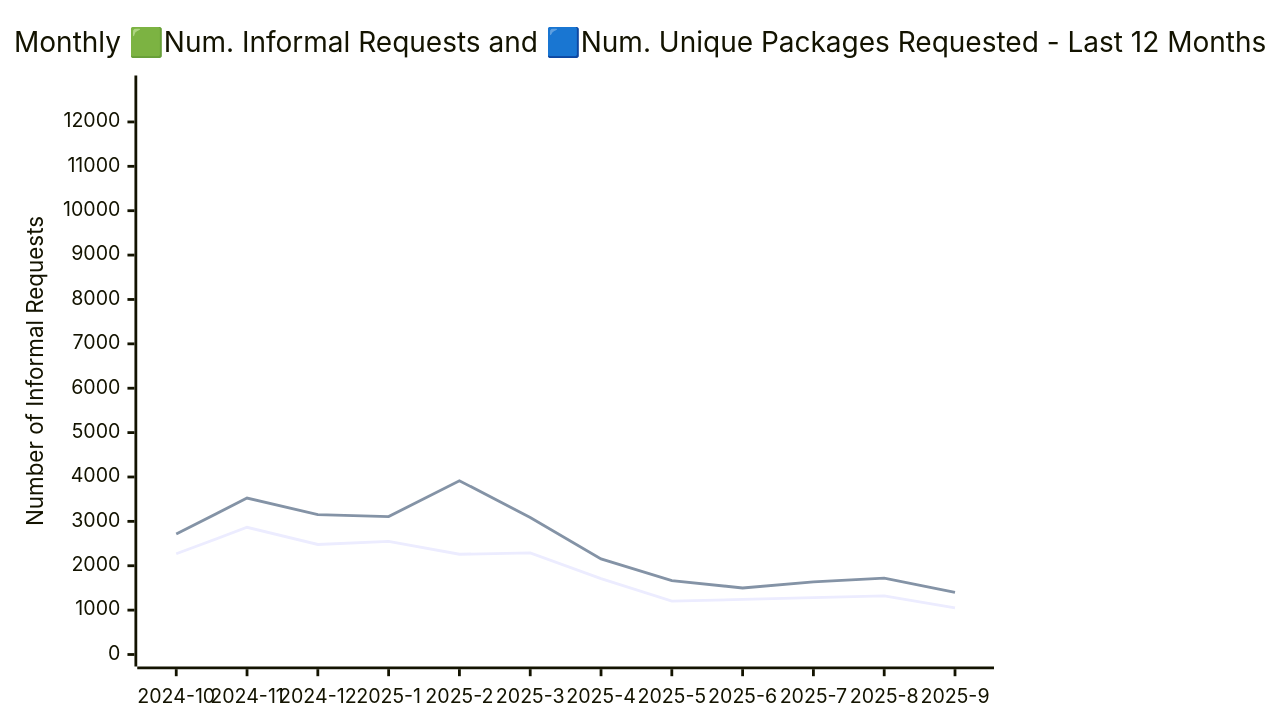
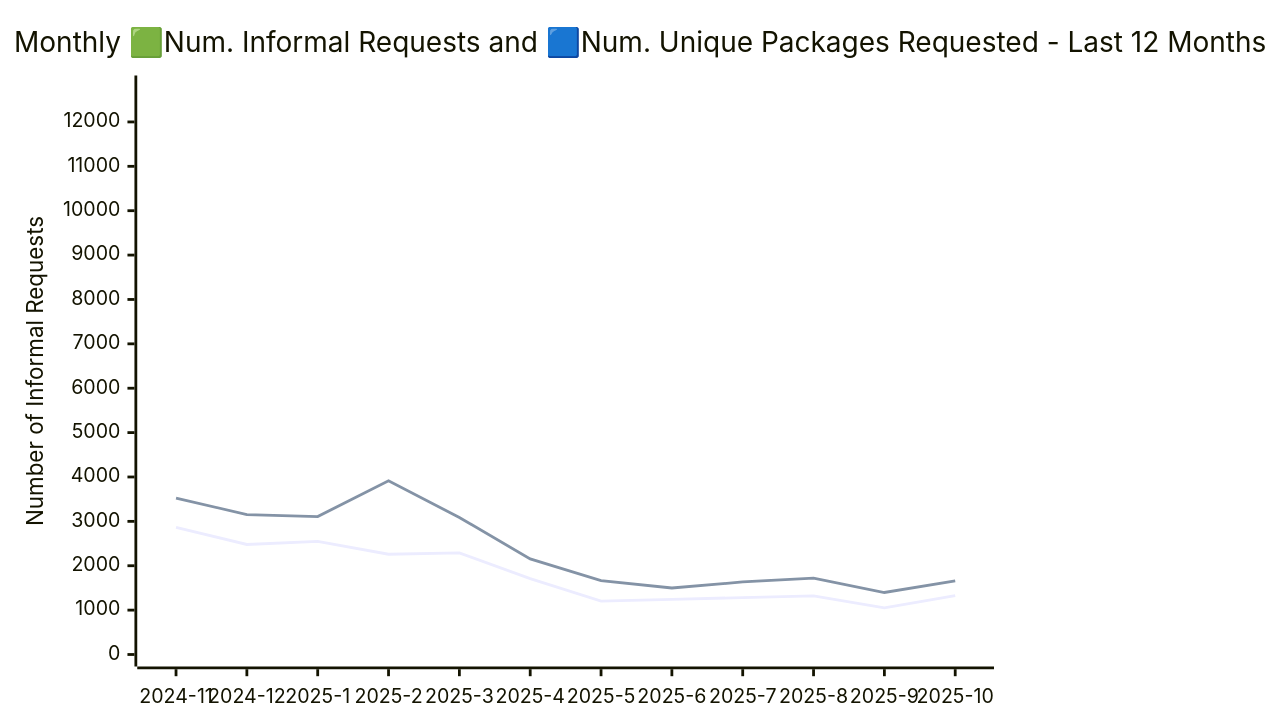
One commit to open-data/analytics-corporate-reporting changed the diagram in ATI_INFORMAL_REPORT/readme.md. Above: the diagram before and after it, drawn with Mermaid. The commit also changed other lines of this file and 5 other files, not shown here.

````diff
--- a/ATI_INFORMAL_REPORT/readme.md
+++ b/ATI_INFORMAL_REPORT/readme.md
@@ -17,11 +17,11 @@
 ```mermaid
 
 xychart-beta
     title "Monthly 🟩Num. Informal Requests and 🟦Num. Unique Packages Requested - Last 12 Months"
-    x-axis [2024-10, 2024-11, 2024-12, 2025-1, 2025-2, 2025-3, 2025-4, 2025-5, 2025-6, 2025-7, 2025-8, 2025-9]
-    y-axis "Unique Packages" 0 --> 10093
+    x-axis [2024-11, 2024-12, 2025-1, 2025-2, 2025-3, 2025-4, 2025-5, 2025-6, 2025-7, 2025-8, 2025-9, 2025-10]
+    y-axis "Unique Packages" 0 --> 10092
     y-axis "Number of Informal Requests" 0 --> 12776
 
-    line [2271, 2866, 2479, 2551, 2259, 2289, 1711, 1201, 1240, 1283, 1321, 1053]
-    line [2713, 3526, 3151, 3108, 3916, 3088, 2153, 1666, 1499, 1635, 1720, 1399]
+    line [2866, 2479, 2551, 2259, 2289, 1711, 1201, 1240, 1283, 1321, 1051, 1325]
+    line [3526, 3151, 3108, 3916, 3088, 2153, 1666, 1499, 1635, 1720, 1397, 1661]
 ```
````
